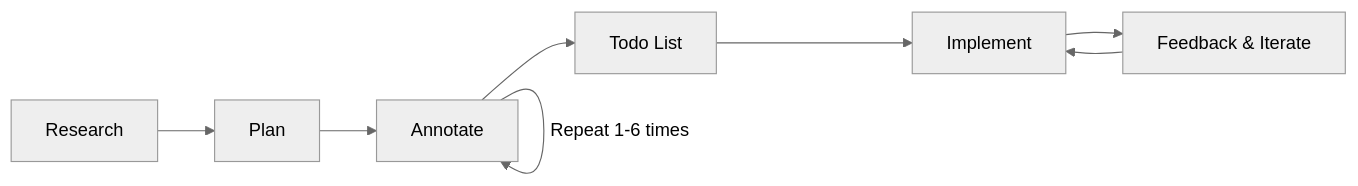
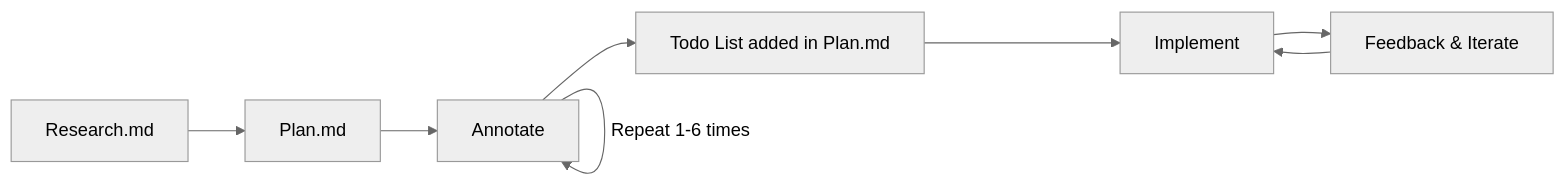
One commit to jgraille/transactionalSandbox changed the diagram in README.md. Above: the diagram before and after it, drawn with Mermaid (neutral theme).

Commit message:
specification

````diff
--- a/README.md
+++ b/README.md
@@ -11,10 +11,10 @@
 ```mermaid
 graph LR
-    A[Research] --> B[Plan]
+    A[Research.md] --> B[Plan.md]
     B --> C[Annotate]
     C -->|Repeat 1-6 times| C
-    C --> D[Todo List]
+    C --> D[Todo List added in Plan.md]
     D --> E[Implement]
     E --> F[Feedback & Iterate]
     F --> E
 ```
````
